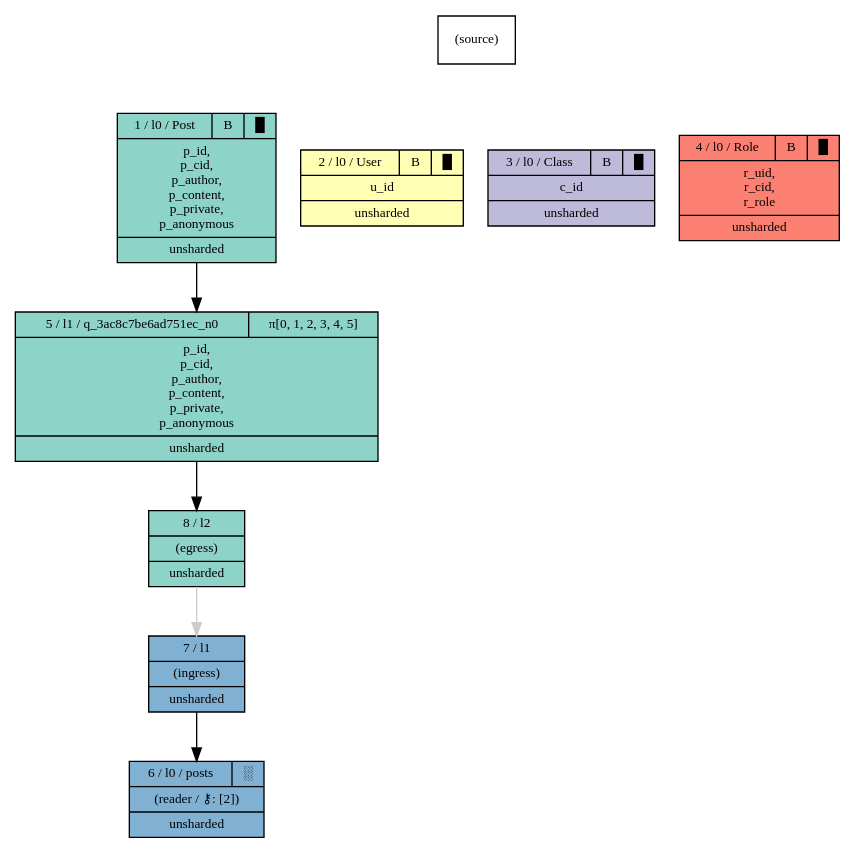
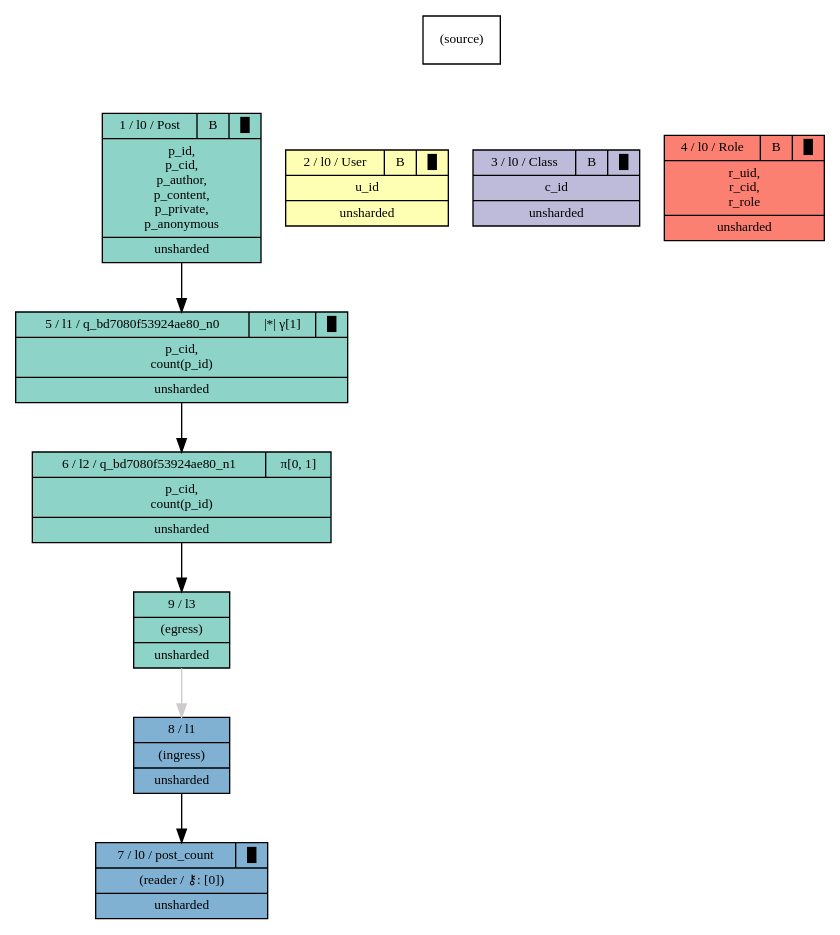
One commit to mit-pdos/noria changed the diagram in pgraph.gv. Above: the diagram before and after it, drawn with Graphviz. The commit also changed 10 other files, not shown here.

```diff
--- a/pgraph.gv
+++ b/pgraph.gv
@@ -1,20 +1,22 @@
 digraph {{
     node [shape=record, fontsize=10]
     n0 [style="filled", fillcolor=white, label="(source)"]
     n1 [style="filled", fillcolor="/set312/1", label="{ { 1 / l0 / Post | B | █ } | p_id, \np_cid, \np_author, \np_content, \np_private, \np_anonymous | unsharded }"]
     n2 [style="filled", fillcolor="/set312/2", label="{ { 2 / l0 / User | B | █ } | u_id | unsharded }"]
     n3 [style="filled", fillcolor="/set312/3", label="{ { 3 / l0 / Class | B | █ } | c_id | unsharded }"]
     n4 [style="filled", fillcolor="/set312/4", label="{ { 4 / l0 / Role | B | █ } | r_uid, \nr_cid, \nr_role | unsharded }"]
-    n5 [style="filled", fillcolor="/set312/1", label="{{ 5 / l1 / q_3ac8c7be6ad751ec_n0 | π[0, 1, 2, 3, 4, 5]  } | p_id, \np_cid, \np_author, \np_content, \np_private, \np_anonymous | unsharded }"]
-    n6 [style="filled", fillcolor="/set312/5", label="{ { 6 / l0 / posts | ░ } | (reader / ⚷: [2]) | unsharded }"]
-    n7 [style="filled", fillcolor="/set312/5", label="{ { 7 / l1  } | (ingress) | unsharded }"]
-    n8 [style="filled", fillcolor="/set312/1", label="{ 8 / l2 | (egress) | unsharded }"]
+    n5 [style="filled", fillcolor="/set312/1", label="{{ 5 / l1 / q_bd7080f53924ae80_n0 | \|*\| γ[1] | █ } | p_cid, \ncount(p_id) | unsharded }"]
+    n6 [style="filled", fillcolor="/set312/1", label="{{ 6 / l2 / q_bd7080f53924ae80_n1 | π[0, 1]  } | p_cid, \ncount(p_id) | unsharded }"]
+    n7 [style="filled", fillcolor="/set312/5", label="{ { 7 / l0 / post_count | █ } | (reader / ⚷: [0]) | unsharded }"]
+    n8 [style="filled", fillcolor="/set312/5", label="{ { 8 / l1  } | (ingress) | unsharded }"]
+    n9 [style="filled", fillcolor="/set312/1", label="{ 9 / l3 | (egress) | unsharded }"]
     n0 -> n1 [ style=invis ]
     n0 -> n2 [ style=invis ]
     n0 -> n3 [ style=invis ]
     n0 -> n4 [ style=invis ]
     n1 -> n5 [  ]
-    n5 -> n8 [  ]
-    n7 -> n6 [  ]
-    n8 -> n7 [ color="#CCCCCC" ]
+    n5 -> n6 [  ]
+    n6 -> n9 [  ]
+    n8 -> n7 [  ]
+    n9 -> n8 [ color="#CCCCCC" ]
 }}
```
